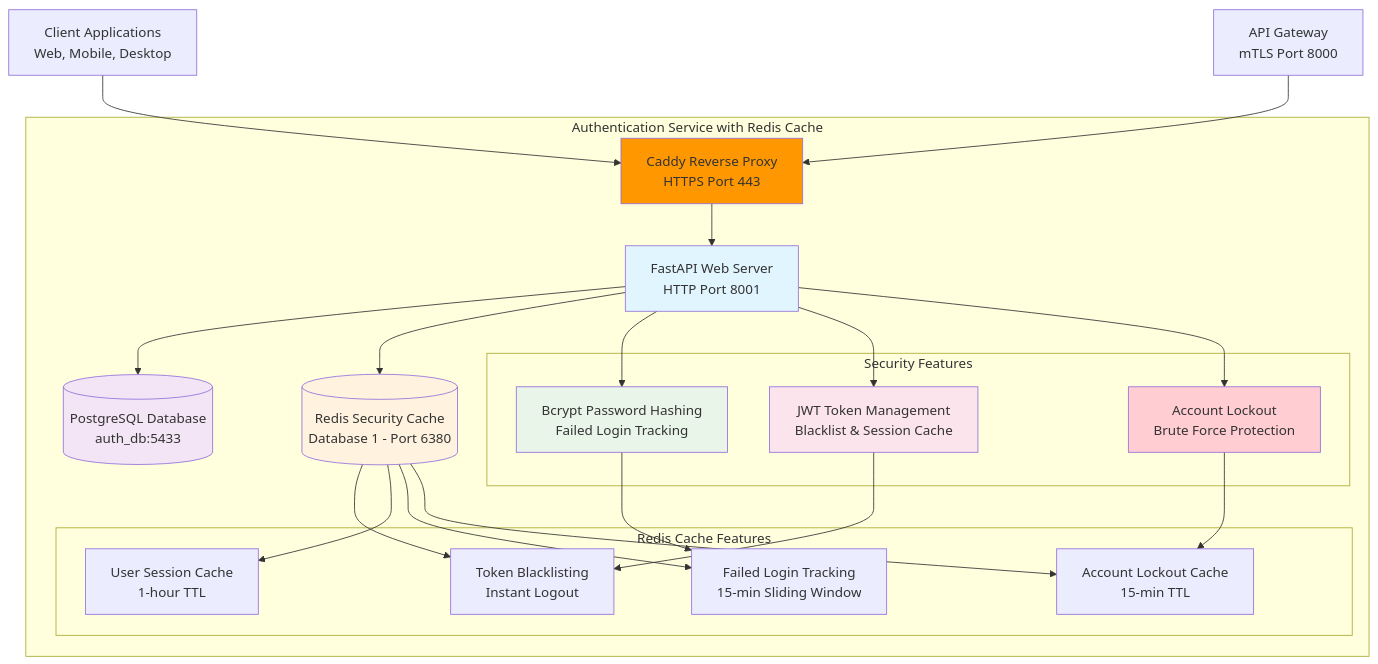
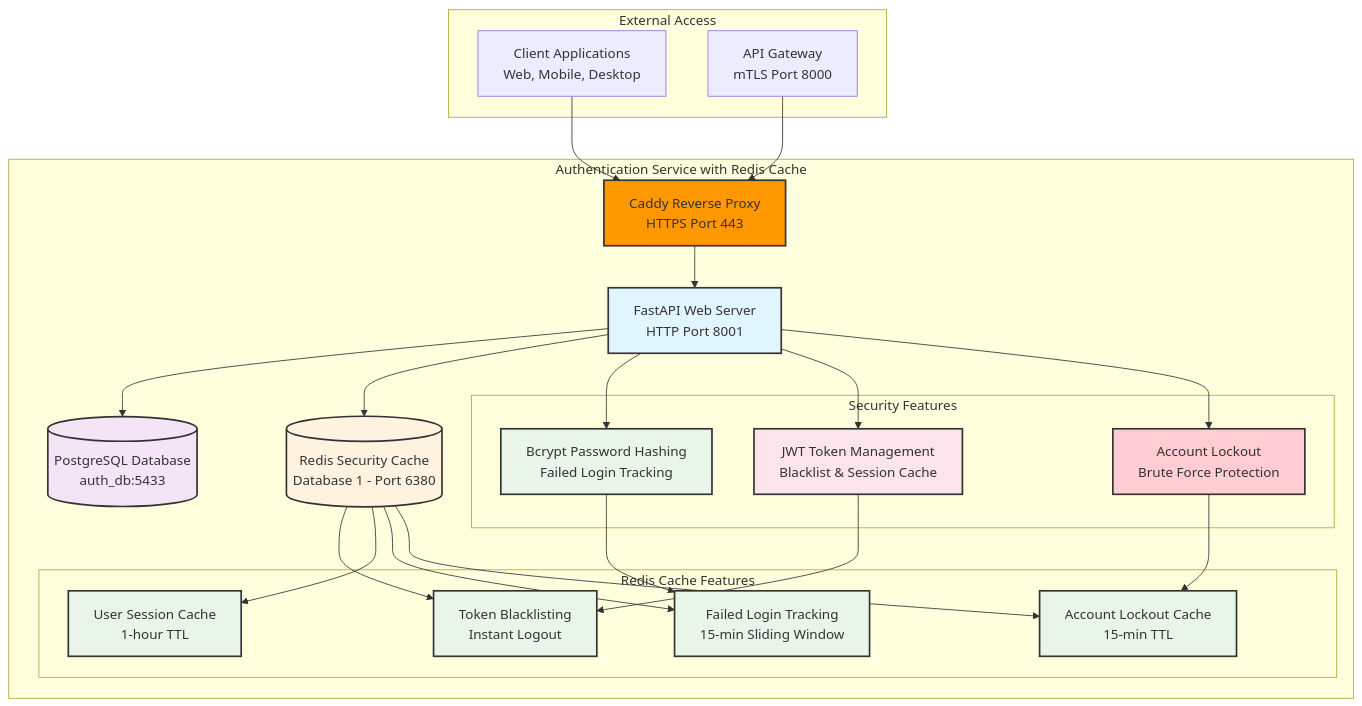
Before and after one commit to sudhan-m/munshi: the first of 9 diagrams in src/auth_service/README.md, drawn with Mermaid. The commit also changed other lines of this file and 3 other files, not shown here.

First line of the commit message:
Update documentation with proper Mermaid diagrams and current architecture

````diff
--- a/src/auth_service/README.md
+++ b/src/auth_service/README.md
@@ -40,52 +40,62 @@
 ```mermaid
 graph TB
+    subgraph "External Access"
+        CLIENT[Client Applications<br/>Web, Mobile, Desktop]
+        GATEWAY[API Gateway<br/>mTLS Port 8000]
+    end
+    
     subgraph "Authentication Service with Redis Cache"
         CADDY[Caddy Reverse Proxy<br/>HTTPS Port 443]
         API[FastAPI Web Server<br/>HTTP Port 8001]
         DB[(PostgreSQL Database<br/>auth_db:5433)]
         REDIS[(Redis Security Cache<br/>Database 1 - Port 6380)]
         
         subgraph "Security Features"
             AUTH[Bcrypt Password Hashing<br/>Failed Login Tracking]
             JWT[JWT Token Management<br/>Blacklist & Session Cache]
             LOCKOUT[Account Lockout<br/>Brute Force Protection]
         end
         
         subgraph "Redis Cache Features"
             BLACKLIST[Token Blacklisting<br/>Instant Logout]
             SESSION[User Session Cache<br/>1-hour TTL]
             ATTEMPTS[Failed Login Tracking<br/>15-min Sliding Window]
             LOCK[Account Lockout Cache<br/>15-min TTL]
         end
         
         CADDY --> API
         API --> DB
         API --> REDIS
         API --> AUTH
         API --> JWT
         API --> LOCKOUT
         
         REDIS --> BLACKLIST
         REDIS --> SESSION
         REDIS --> ATTEMPTS
         REDIS --> LOCK
         
         JWT --> BLACKLIST
         AUTH --> ATTEMPTS
         LOCKOUT --> LOCK
     end
     
-    CLIENT[Client Applications<br/>Web, Mobile, Desktop]
-    GATEWAY[API Gateway<br/>mTLS Port 8000]
-    
     CLIENT --> CADDY
     GATEWAY --> CADDY
     
-    style CADDY fill:#ff9800
-    style API fill:#e1f5fe
-    style DB fill:#f3e5f5
-    style REDIS fill:#fff3e0
-    style AUTH fill:#e8f5e8
-    style JWT fill:#fce4ec
-    style LOCKOUT fill:#ffcdd2
+    classDef ingress fill:#ff9800,stroke:#333,stroke-width:2px
+    classDef auth fill:#e1f5fe,stroke:#333,stroke-width:2px
+    classDef database fill:#f3e5f5,stroke:#333,stroke-width:2px
+    classDef redis fill:#fff3e0,stroke:#333,stroke-width:2px
+    classDef security fill:#e8f5e8,stroke:#333,stroke-width:2px
+    classDef tokens fill:#fce4ec,stroke:#333,stroke-width:2px
+    classDef protection fill:#ffcdd2,stroke:#333,stroke-width:2px
+    
+    class CADDY ingress
+    class API,AUTH auth
+    class DB database
+    class REDIS redis
+    class AUTH,BLACKLIST,SESSION,ATTEMPTS,LOCK security
+    class JWT tokens
+    class LOCKOUT protection
 ```
````
